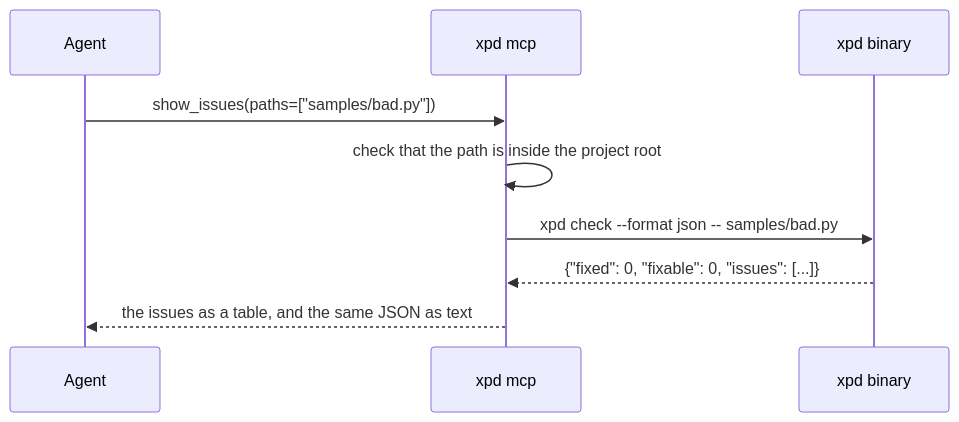
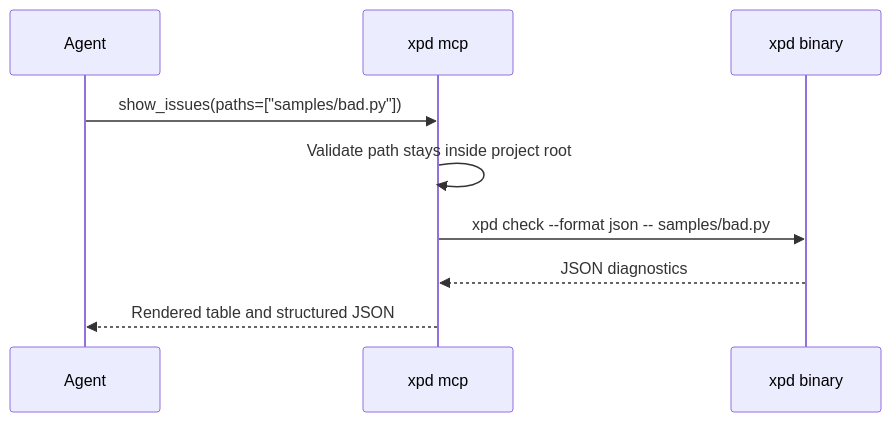
The diagram in website/src/content/docs/guides/mcp.md (bjoernaagaard/xpd), drawn with Mermaid before and after one commit. The commit also changed other lines of this file and 42 other files, not shown here.

Commit message:
docs: rewrite public docs with BLUF, Mermaid diagrams, and plain prose

````diff
--- a/website/src/content/docs/guides/mcp.md
+++ b/website/src/content/docs/guides/mcp.md
@@ -83,11 +10,11 @@
 ```mermaid
 sequenceDiagram
     participant Agent
     participant Server as xpd mcp
     participant Binary as xpd binary
     Agent->>Server: show_issues(paths=["samples/bad.py"])
-    Server->>Server: check that the path is inside the project root
+    Server->>Server: Validate path stays inside project root
     Server->>Binary: xpd check --format json -- samples/bad.py
-    Binary-->>Server: {"fixed": 0, "fixable": 0, "issues": [...]}
-    Server-->>Agent: the issues as a table, and the same JSON as text
+    Binary-->>Server: JSON diagnostics
+    Server-->>Agent: Rendered table and structured JSON
 ```
````
